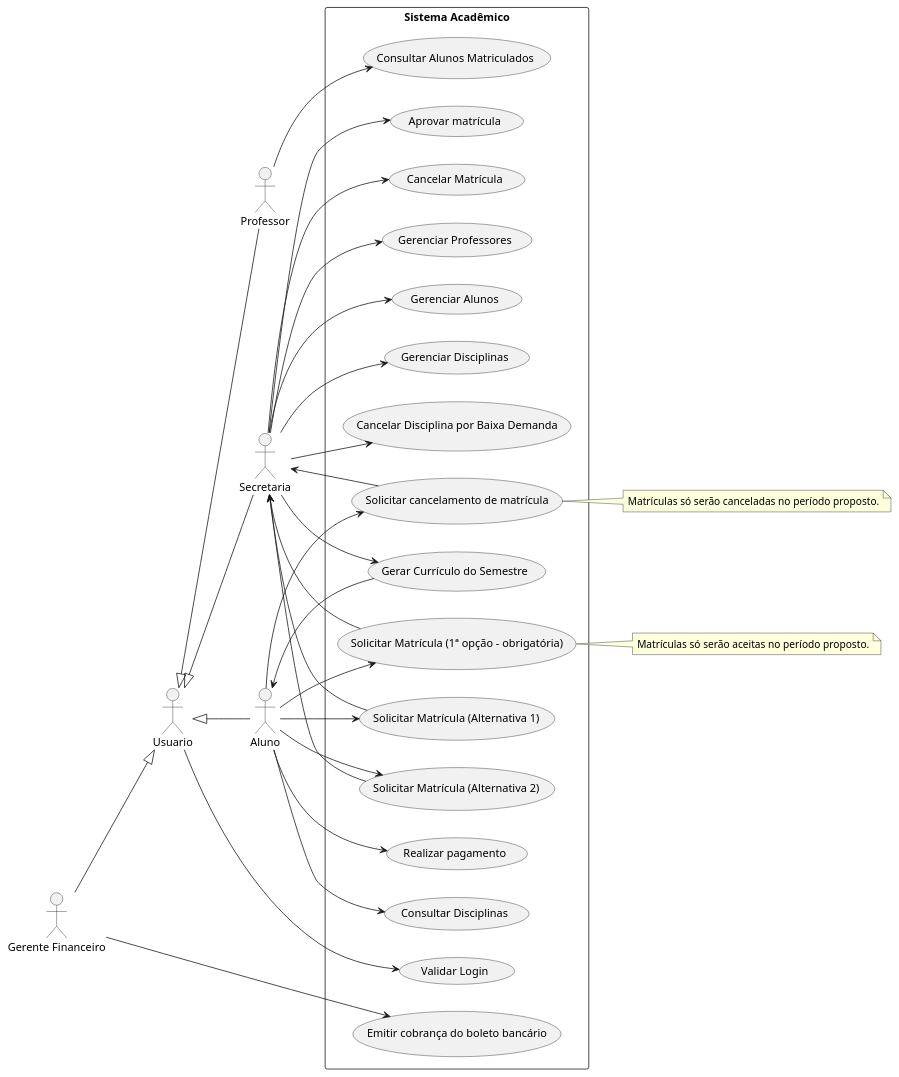
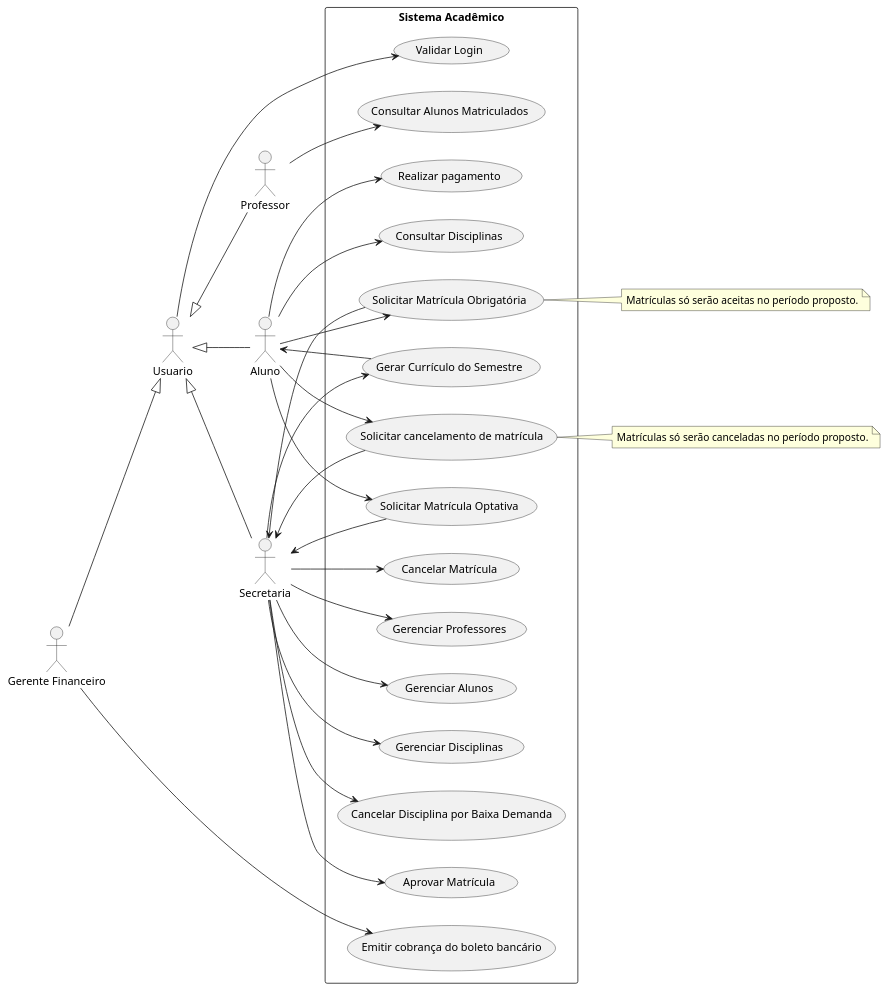
One commit to devglucas/lab_dev_01 changed the diagram in code/diagramaCasoDeUso.md. Above: the diagram before and after it, drawn with PlantUML.

Commit message:
caso de uso

```diff
--- a/code/diagramaCasoDeUso.md
+++ b/code/diagramaCasoDeUso.md
@@ -1,69 +1,66 @@
 @startuml
 left to right direction
 
 actor Aluno
 actor Professor
 actor Secretaria
 actor Usuario
 actor "Gerente Financeiro"
 
 Usuario <|-- Aluno
 Usuario <|-- Professor
 Usuario <|-- Secretaria
 
 "Gerente Financeiro" --|> Usuario
 
 rectangle "Sistema Acadêmico" {
-    usecase "Solicitar Matrícula (1ª opção - obrigatória)" as UC1A
-    usecase "Solicitar Matrícula (Alternativa 1)" as UC1B
-    usecase "Solicitar Matrícula (Alternativa 2)" as UC1C
+    usecase "Solicitar Matrícula Obrigatória" as UC1O
+    usecase "Solicitar Matrícula Optativa" as UC1P
     usecase "Cancelar Matrícula" as UC2
     usecase "Consultar Disciplinas" as UC3
     usecase "Validar Login" as UC4
     usecase "Gerar Currículo do Semestre" as UC6
     usecase "Consultar Alunos Matriculados" as UC7
     usecase "Cancelar Disciplina por Baixa Demanda" as UC9
-    usecase "Aprovar matrícula" as UC10
+    usecase "Aprovar Matrícula" as UC10
     usecase "Realizar pagamento" as UC11
     usecase "Solicitar cancelamento de matrícula" as UC12
     usecase "Emitir cobrança do boleto bancário" as UC13
     usecase "Gerenciar Disciplinas" as UC14
     usecase "Gerenciar Professores" as UC15
     usecase "Gerenciar Alunos" as UC16
 }
 
-Aluno --> UC1A
-Aluno --> UC1B
-Aluno --> UC1C
+Aluno --> UC1O
+Aluno --> UC1P
 Aluno --> UC3
 Aluno --> UC11
 Aluno --> UC12
 
 Usuario --> UC4
 
 Professor --> UC7
 
 Secretaria --> UC2
 Secretaria --> UC6
 Secretaria --> UC9
 Secretaria --> UC10
 Secretaria --> UC14
 Secretaria --> UC15
 Secretaria --> UC16
 
 "Gerente Financeiro" --> UC13
 
 UC6 --> Aluno
-UC1A --> Secretaria
-UC1B --> Secretaria
-UC1C --> Secretaria
+UC1O --> Secretaria
+UC1P --> Secretaria
 UC12 --> Secretaria
 
-note right of UC1A
+note right of UC1O
 Matrículas só serão aceitas no período proposto.
 end note
 
 note right of UC12
 Matrículas só serão canceladas no período proposto.
 end note
 @enduml
```
